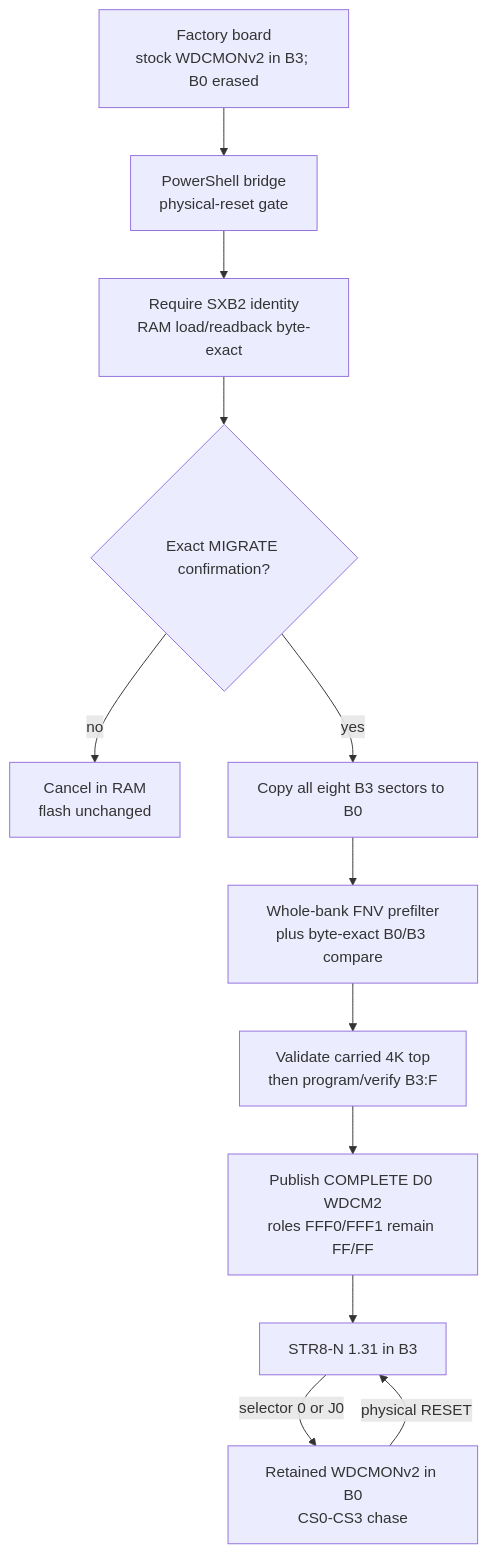
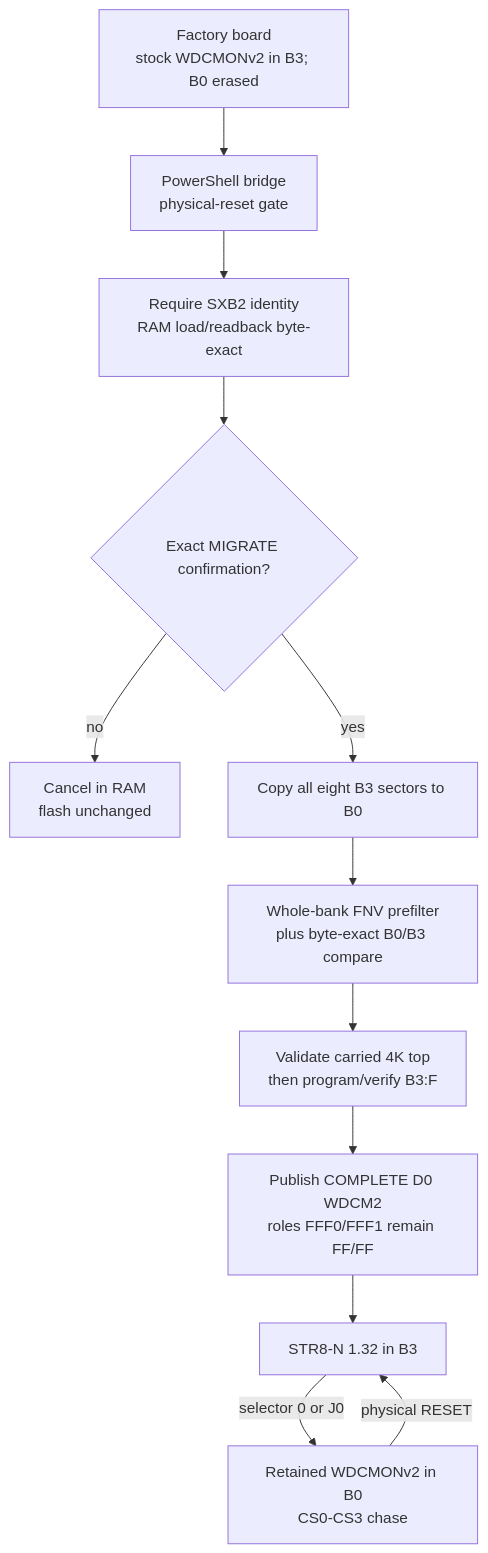
Before and after one commit to 95westus/STR8-N: the fifth of 14 diagrams in docs/MAPS.md, drawn with Mermaid. The commit also changed other lines of this file and 46 other files, not shown here.

````diff
--- a/docs/MAPS.md
+++ b/docs/MAPS.md
@@ -108,14 +108,14 @@
 ```mermaid
 flowchart TD
     F[Factory board<br/>stock WDCMONv2 in B3; B0 erased] --> H[PowerShell bridge<br/>physical-reset gate]
     H --> V[Require SXB2 identity<br/>RAM load/readback byte-exact]
     V --> M{Exact MIGRATE confirmation?}
     M -->|no| X[Cancel in RAM<br/>flash unchanged]
     M -->|yes| C[Copy all eight B3 sectors to B0]
     C --> E[Whole-bank FNV prefilter<br/>plus byte-exact B0/B3 compare]
     E --> T[Validate carried 4K top<br/>then program/verify B3:F]
     T --> D[Publish COMPLETE D0 WDCM2<br/>roles FFF0/FFF1 remain FF/FF]
-    D --> S[STR8-N 1.31 in B3]
+    D --> S[STR8-N 1.32 in B3]
     S -->|selector 0 or J0| W[Retained WDCMONv2 in B0<br/>CS0-CS3 chase]
     W -->|physical RESET| S
 ```
````
